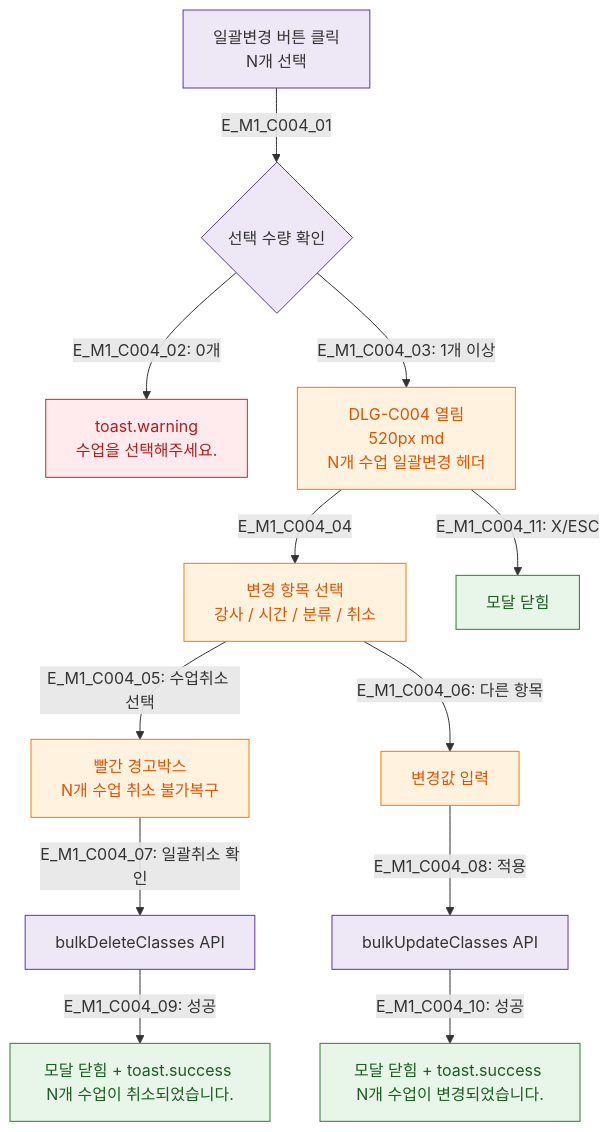
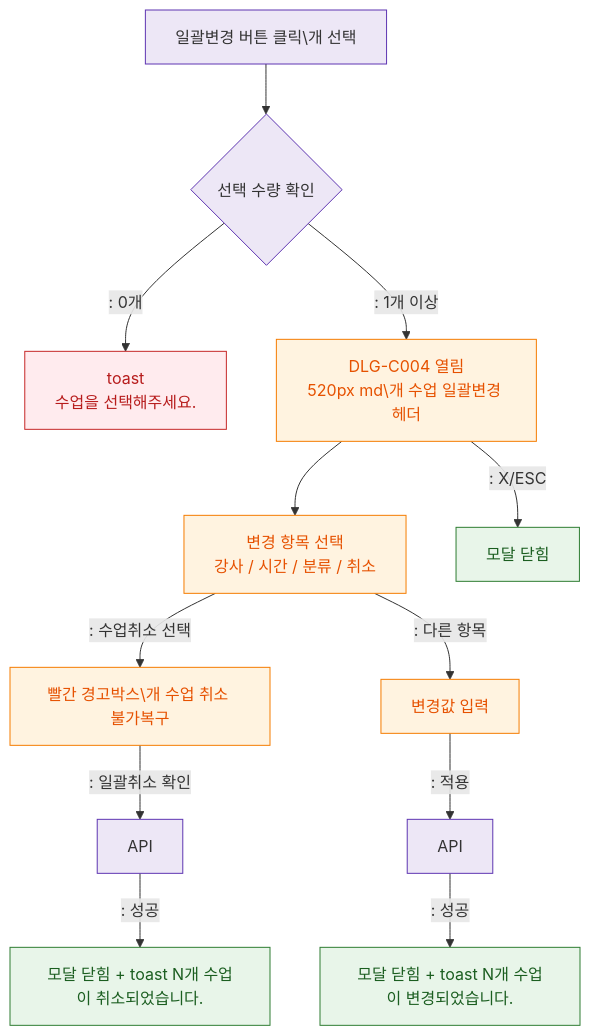
Before and after one commit to dev-spogym/admin-pando: the diagram in docs/다이어그램/D04_수업관리/DLG/DLG-C004_일괄변경/M1_생명주기.md, drawn with Mermaid. The commit also changed other lines of this file and 1660 other files, not shown here.

First line of the commit message:
다이어그램: 기획자/클라이언트 납품본으로 정리

````diff
--- a/docs/다이어그램/D04_수업관리/DLG/DLG-C004_일괄변경/M1_생명주기.md
+++ b/docs/다이어그램/D04_수업관리/DLG/DLG-C004_일괄변경/M1_생명주기.md
@@ -20,28 +18,28 @@
 ```mermaid
 flowchart TD
-  Trigger[일괄변경 버튼 클릭\nN개 선택] -->|E_M1_C004_01| CountCheck{선택 수량 확인}
-  CountCheck -->|"E_M1_C004_02: 0개"| NoSelect[toast.warning\n수업을 선택해주세요.]
-  CountCheck -->|"E_M1_C004_03: 1개 이상"| Open[DLG-C004 열림\n520px md\nN개 수업 일괄변경 헤더]
+  Trigger[일괄변경 버튼 클릭\개 선택] --> CountCheck{선택 수량 확인}
+  CountCheck -->|": 0개"|NoSelect[toast\n수업을 선택해주세요.]
+  CountCheck -->|": 1개 이상"|Open[DLG-C004 열림\n520px md\개 수업 일괄변경 헤더]
 
-  Open -->|E_M1_C004_04| FieldSelect[변경 항목 선택\n강사 / 시간 / 분류 / 취소]
-  FieldSelect -->|"E_M1_C004_05: 수업취소 선택"| CancelWarn[빨간 경고박스\nN개 수업 취소 불가복구]
-  FieldSelect -->|"E_M1_C004_06: 다른 항목"| NormalInput[변경값 입력]
+  Open --> FieldSelect[변경 항목 선택\n강사 / 시간 / 분류 / 취소]
+  FieldSelect -->|": 수업취소 선택"|CancelWarn[빨간 경고박스\개 수업 취소 불가복구]
+  FieldSelect -->|": 다른 항목"|NormalInput[변경값 입력]
 
-  CancelWarn -->|"E_M1_C004_07: 일괄취소 확인"| BulkCancel[bulkDeleteClasses API]
-  NormalInput -->|"E_M1_C004_08: 적용"| BulkUpdate[bulkUpdateClasses API]
+  CancelWarn -->|": 일괄취소 확인"|BulkCancel[API]
+  NormalInput -->|": 적용"|BulkUpdate[API]
 
-  BulkCancel -->|"E_M1_C004_09: 성공"| CloseCancel[모달 닫힘 + toast.success N개 수업이 취소되었습니다.]
-  BulkUpdate -->|"E_M1_C004_10: 성공"| CloseUpdate[모달 닫힘 + toast.success N개 수업이 변경되었습니다.]
+  BulkCancel -->|": 성공"|CloseCancel[모달 닫힘 + toast N개 수업이 취소되었습니다.]
+  BulkUpdate -->|": 성공"|CloseUpdate[모달 닫힘 + toast N개 수업이 변경되었습니다.]
 
-  Open -->|"E_M1_C004_11: X/ESC"| Close[모달 닫힘]
+  Open -->|": X/ESC"|Close[모달 닫힘]
 
   classDef modal fill:#FFF3E0,stroke:#F57C00,color:#E65100
   classDef system fill:#EDE7F6,stroke:#5E35B2
   classDef success fill:#E8F5E9,stroke:#2E7D32,color:#1B5E20
   classDef error fill:#FFEBEE,stroke:#C62828,color:#B71C1C
   classDef warning fill:#FFF8E1,stroke:#F9A825,color:#F57F17
   class Open,FieldSelect,CancelWarn,NormalInput modal
   class Trigger,CountCheck,BulkCancel,BulkUpdate system
   class CloseCancel,CloseUpdate,Close success
   class NoSelect error
 ```
````
